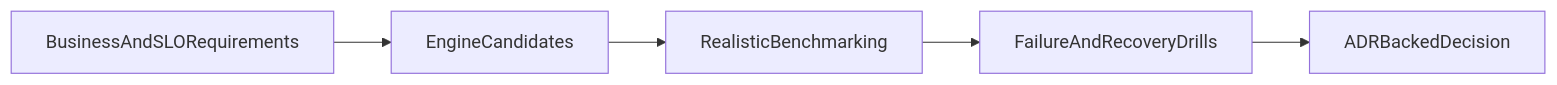
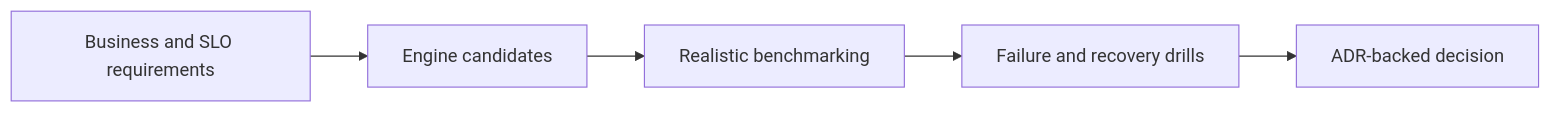
The fifth of 5 diagrams in database/database-masterclass/02-relational-engines/03-postgres-vs-mysql-comparison.md (GabrielAlmeidaFlores/Senior-Software-Architect), drawn with Mermaid before and after one commit. The commit also changed other lines of this file and 2 other files, not shown here.

````diff
--- a/database/database-masterclass/02-relational-engines/03-postgres-vs-mysql-comparison.md
+++ b/database/database-masterclass/02-relational-engines/03-postgres-vs-mysql-comparison.md
@@ -75,7 +353,7 @@
 ```mermaid
 flowchart LR
-    reqs[BusinessAndSLORequirements] --> candidate[EngineCandidates]
-    candidate --> bench[RealisticBenchmarking]
-    bench --> failover[FailureAndRecoveryDrills]
-    failover --> decision[ADRBackedDecision]
+    reqs[Business and SLO requirements] --> candidate[Engine candidates]
+    candidate --> bench[Realistic benchmarking]
+    bench --> failover[Failure and recovery drills]
+    failover --> decision[ADR-backed decision]
 ```
````
